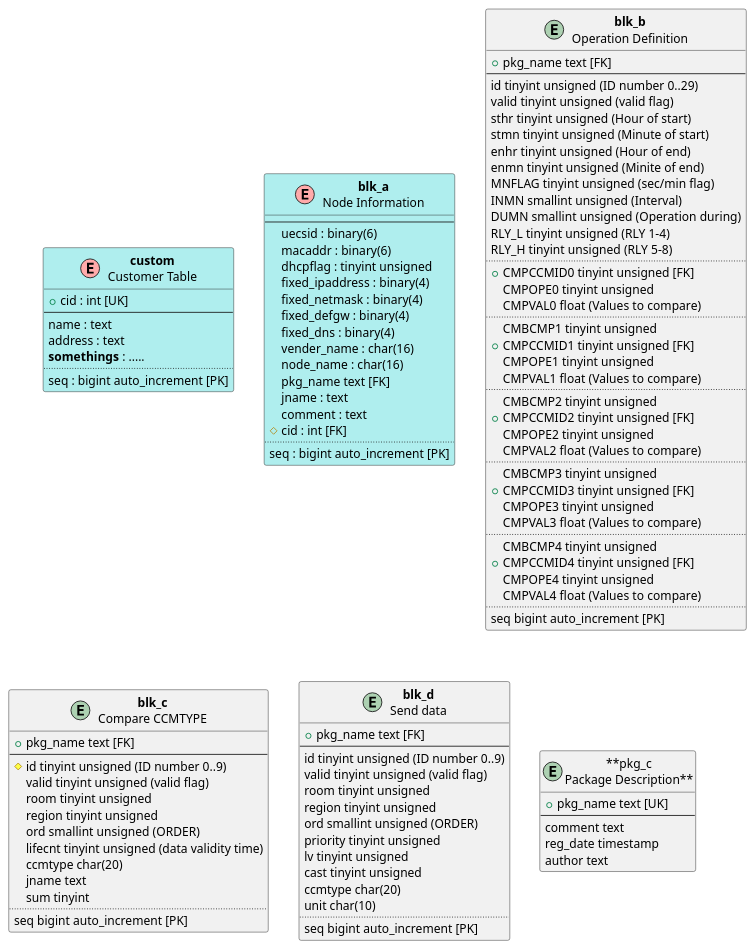
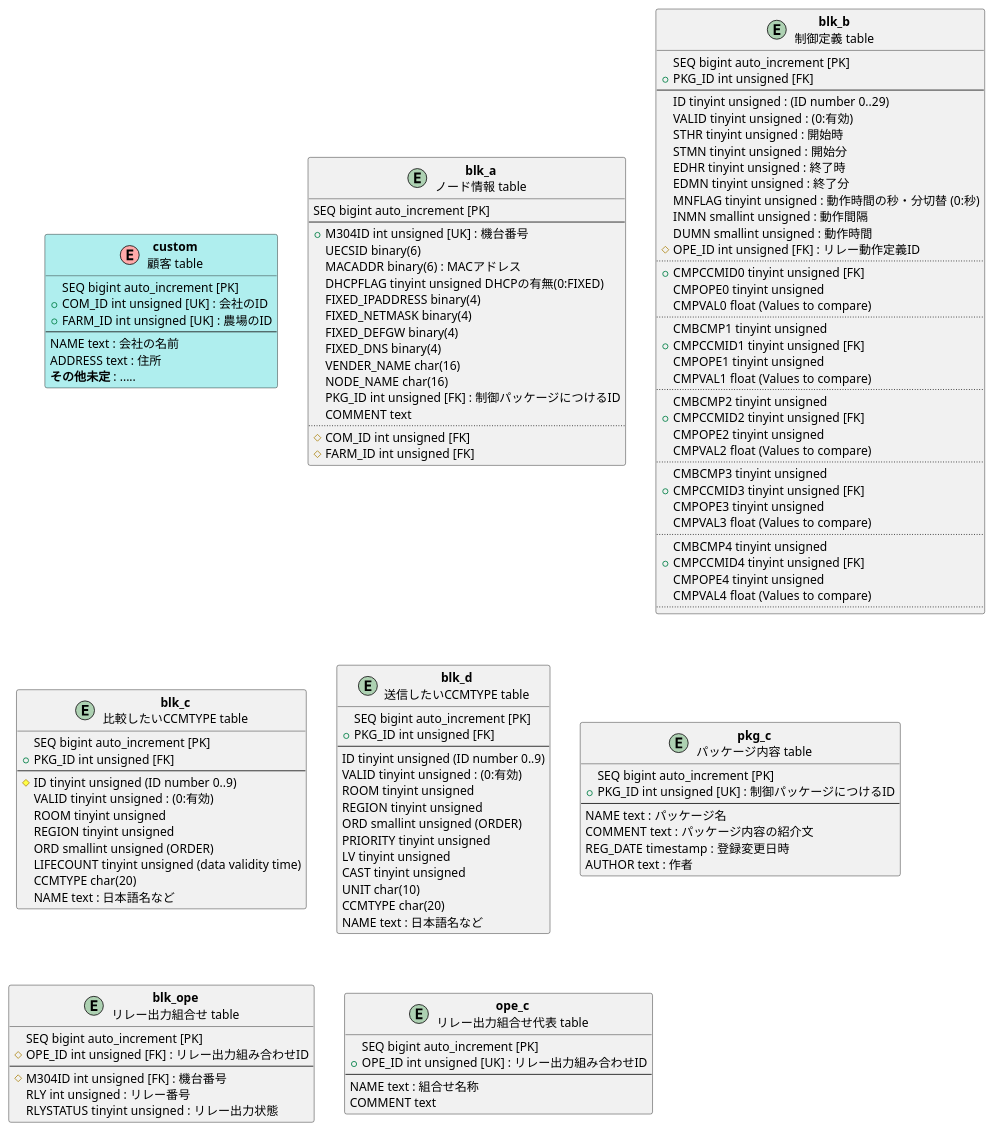
One commit to mhorimoto/M304-lowcode changed the diagram in db/tables.puml. Above: the diagram before and after it, drawn with PlantUML. The commit also changed 4 other files, not shown here.

```diff
--- a/db/tables.puml
+++ b/db/tables.puml
@@ -1,113 +1,131 @@
 @startuml tables
-entity custom as "**custom**\nCustomer Table" <<(E,#FFAAAA)>> #PaleTurquoise {
-    + cid : int [UK]
+entity tbl_custom as "**custom**\n顧客 table" <<(E,#FFAAAA)>> #PaleTurquoise {
+    SEQ bigint auto_increment [PK]
+    + COM_ID int unsigned [UK] : 会社のID
+    + FARM_ID int unsigned [UK] : 農場のID
     --
-    name : text
-    address : text
-    **somethings** : .....
-    ..
-    seq : bigint auto_increment [PK]
+    NAME text : 会社の名前
+    ADDRESS text : 住所
+    **その他未定** : .....
 }
 
-entity blk_a as "**blk_a**\nNode Information" <<(E,#FFAAAA)>> #PaleTurquoise {
-  --
-  uecsid : binary(6)
-  macaddr : binary(6)
-  dhcpflag : tinyint unsigned
-  fixed_ipaddress : binary(4)
-  fixed_netmask : binary(4)
-  fixed_defgw : binary(4)
-  fixed_dns : binary(4)
-  vender_name : char(16)
-  node_name : char(16)
-  pkg_name text [FK]
-  jname : text
-  comment : text
-  # cid : int [FK]
+entity blk_a as "**blk_a**\nノード情報 table" {
+  SEQ bigint auto_increment [PK]
+--
+  + M304ID int unsigned [UK] : 機台番号
+  UECSID binary(6)
+  MACADDR binary(6) : MACアドレス
+  DHCPFLAG tinyint unsigned DHCPの有無(0:FIXED)
+  FIXED_IPADDRESS binary(4)
+  FIXED_NETMASK binary(4)
+  FIXED_DEFGW binary(4)
+  FIXED_DNS binary(4)
+  VENDER_NAME char(16)
+  NODE_NAME char(16)
+  PKG_ID int unsigned [FK] : 制御パッケージにつけるID
+  COMMENT text
   ..
-  seq : bigint auto_increment [PK]
+  # COM_ID int unsigned [FK]
+  # FARM_ID int unsigned [FK]
 }
+  
 
-entity blk_b as "**blk_b**\nOperation Definition" {
-    + pkg_name text [FK]
+entity blk_b as "**blk_b**\n制御定義 table" {
+    SEQ bigint auto_increment [PK]
+    + PKG_ID int unsigned [FK]
     --
-    id tinyint unsigned (ID number 0..29)
-    valid tinyint unsigned (valid flag)
-    sthr tinyint unsigned (Hour of start)
-    stmn tinyint unsigned (Minute of start)
-    enhr tinyint unsigned (Hour of end)
-    enmn tinyint unsigned (Minite of end)
-    MNFLAG tinyint unsigned (sec/min flag)
-    INMN smallint unsigned (Interval)
-    DUMN smallint unsigned (Operation during)
-    RLY_L tinyint unsigned (RLY 1-4)
-    RLY_H tinyint unsigned (RLY 5-8)
+    ID tinyint unsigned : (ID number 0..29)
+    VALID tinyint unsigned : (0:有効)
+    STHR tinyint unsigned : 開始時
+    STMN tinyint unsigned : 開始分
+    EDHR tinyint unsigned : 終了時
+    EDMN tinyint unsigned : 終了分
+    MNFLAG tinyint unsigned : 動作時間の秒・分切替 (0:秒)
+    INMN smallint unsigned : 動作間隔
+    DUMN smallint unsigned : 動作時間
+    # OPE_ID int unsigned [FK] : リレー動作定義ID
     ..
     + CMPCCMID0 tinyint unsigned [FK]
     CMPOPE0 tinyint unsigned
     CMPVAL0 float (Values to compare)
     ..
     CMBCMP1 tinyint unsigned
     + CMPCCMID1 tinyint unsigned [FK]
     CMPOPE1 tinyint unsigned
     CMPVAL1 float (Values to compare)
     ..
     CMBCMP2 tinyint unsigned
     + CMPCCMID2 tinyint unsigned [FK]
     CMPOPE2 tinyint unsigned
     CMPVAL2 float (Values to compare)
     ..
     CMBCMP3 tinyint unsigned
     + CMPCCMID3 tinyint unsigned [FK]
     CMPOPE3 tinyint unsigned
     CMPVAL3 float (Values to compare)
     ..
     CMBCMP4 tinyint unsigned
     + CMPCCMID4 tinyint unsigned [FK]
     CMPOPE4 tinyint unsigned
     CMPVAL4 float (Values to compare)
     ..
-    seq bigint auto_increment [PK]
 }
 
-entity blk_c as "**blk_c**\nCompare CCMTYPE" {
-    + pkg_name text [FK]
+entity blk_c as "**blk_c**\n比較したいCCMTYPE table" {
+    SEQ bigint auto_increment [PK]
+    + PKG_ID int unsigned [FK]
     --
-    # id tinyint unsigned (ID number 0..9)
-    valid tinyint unsigned (valid flag)
-    room tinyint unsigned
-    region tinyint unsigned
-    ord smallint unsigned (ORDER)
-    lifecnt tinyint unsigned (data validity time)
-    ccmtype char(20)
-    jname text
-    sum tinyint
-    ..
-    seq bigint auto_increment [PK]
+    # ID tinyint unsigned (ID number 0..9)
+    VALID tinyint unsigned : (0:有効)
+    ROOM tinyint unsigned
+    REGION tinyint unsigned
+    ORD smallint unsigned (ORDER)
+    LIFECOUNT tinyint unsigned (data validity time)
+    CCMTYPE char(20)
+    NAME text : 日本語名など
 }
 
-entity blk_d as "**blk_d**\nSend data" {
-    + pkg_name text [FK]
+entity blk_d as "**blk_d**\n送信したいCCMTYPE table" {
+    SEQ bigint auto_increment [PK]
+    + PKG_ID int unsigned [FK]
     --
-    id tinyint unsigned (ID number 0..9)
-    valid tinyint unsigned (valid flag)
-    room tinyint unsigned
-    region tinyint unsigned
-    ord smallint unsigned (ORDER)
-    priority tinyint unsigned
-    lv tinyint unsigned
-    cast tinyint unsigned
-    ccmtype char(20)
-    unit char(10)
-    ..
-    seq bigint auto_increment [PK]
+    ID tinyint unsigned (ID number 0..9)
+    VALID tinyint unsigned : (0:有効)
+    ROOM tinyint unsigned
+    REGION tinyint unsigned
+    ORD smallint unsigned (ORDER)
+    PRIORITY tinyint unsigned
+    LV tinyint unsigned
+    CAST tinyint unsigned
+    UNIT char(10)
+    CCMTYPE char(20)
+    NAME text : 日本語名など
 }
 
-entity pkg_c as "**pkg_c\nPackage Description**" {
-    + pkg_name text [UK]
+entity pkg_c as "**pkg_c**\nパッケージ内容 table" {
+    SEQ bigint auto_increment [PK]
+    + PKG_ID int unsigned [UK] : 制御パッケージにつけるID
     --
-    comment text
-    reg_date timestamp
-    author text
+    NAME text : パッケージ名
+    COMMENT text : パッケージ内容の紹介文
+    REG_DATE timestamp : 登録変更日時
+    AUTHOR text : 作者
+}
+
+entity blk_ope as "**blk_ope**\nリレー出力組合せ table" {
+    SEQ bigint auto_increment [PK]
+    # OPE_ID int unsigned [FK] : リレー出力組み合わせID
+    --
+    # M304ID int unsigned [FK] : 機台番号
+    RLY int unsigned : リレー番号
+    RLYSTATUS tinyint unsigned : リレー出力状態
+}
+
+entity ope_c as "**ope_c**\nリレー出力組合せ代表 table" {
+    SEQ bigint auto_increment [PK]
+    + OPE_ID int unsigned [UK] : リレー出力組み合わせID
+    --
+    NAME text : 組合せ名称
+    COMMENT text
 }
 @enduml
```
